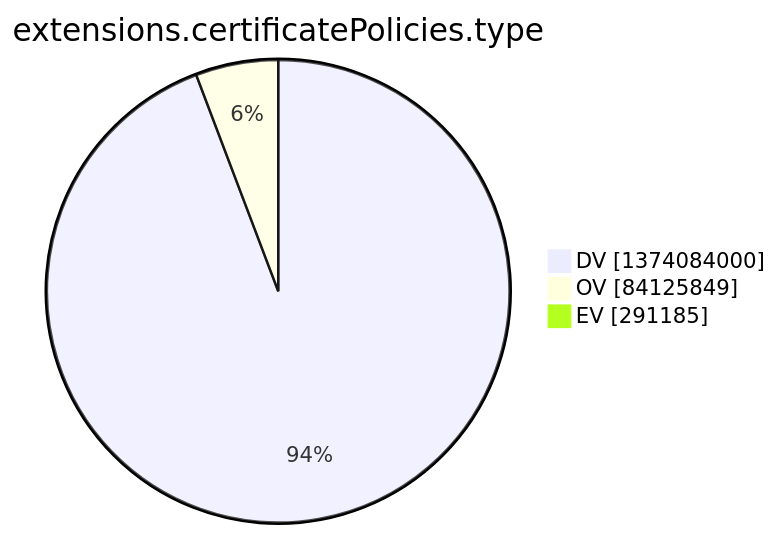
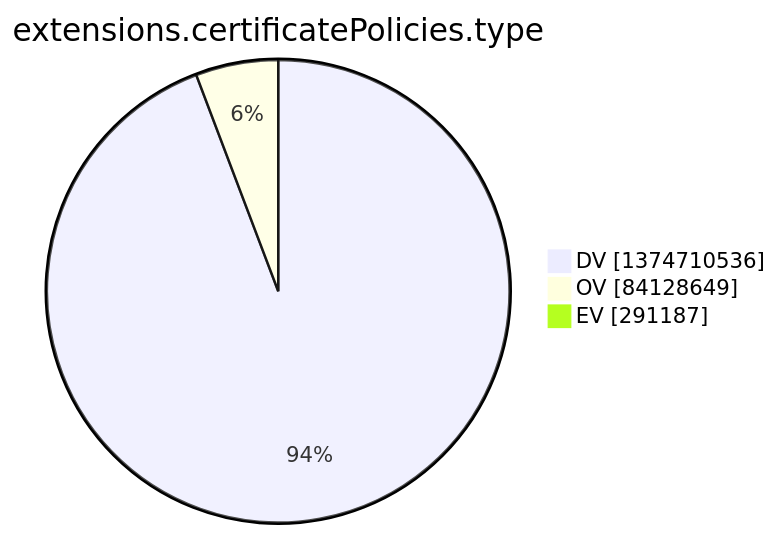
Before and after one commit to christiankrug/ctmonitor_visualization: the tenth of 15 diagrams in argon2022/README.md, drawn with Mermaid. The commit also changed other lines of this file, not shown here.

````diff
--- a/argon2022/README.md
+++ b/argon2022/README.md
@@ -2773,7 +2773,7 @@
 ```mermaid
 pie showData
 title extensions.certificatePolicies.type
-"DV" :1374084000
-"OV" :84125849
-"EV" :291185
+"DV" :1374710536
+"OV" :84128649
+"EV" :291187
 ```
````
